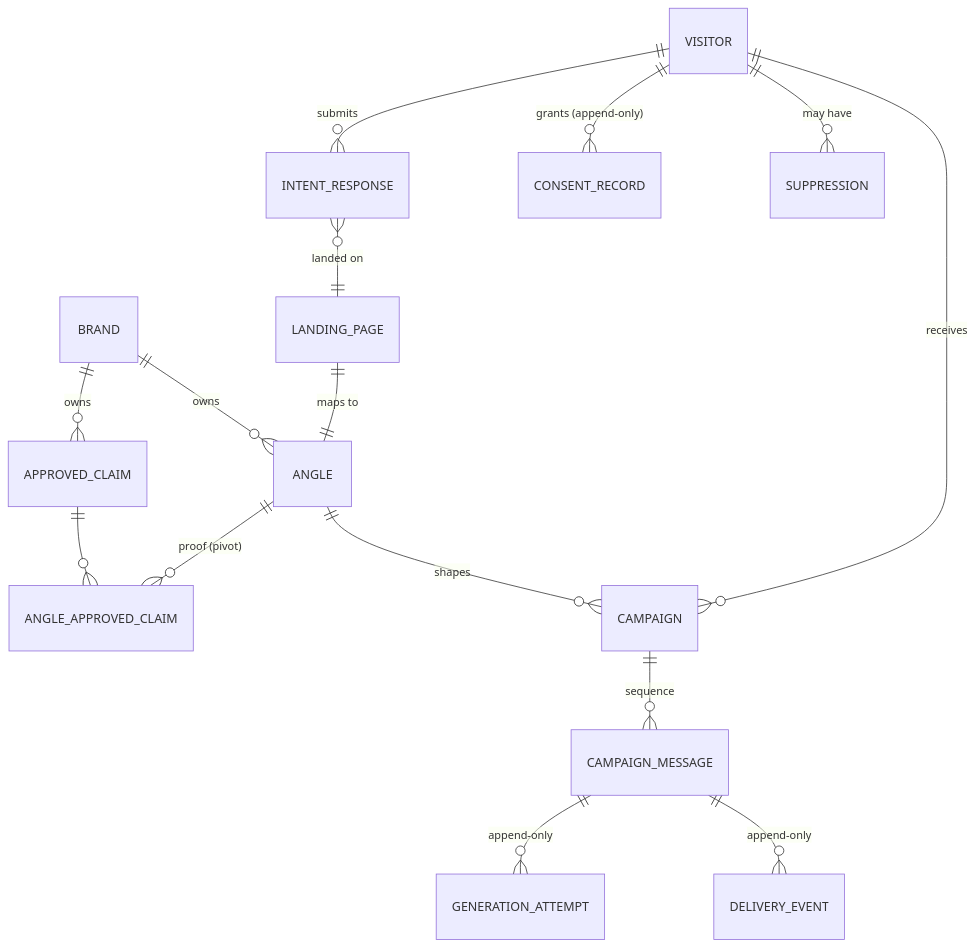
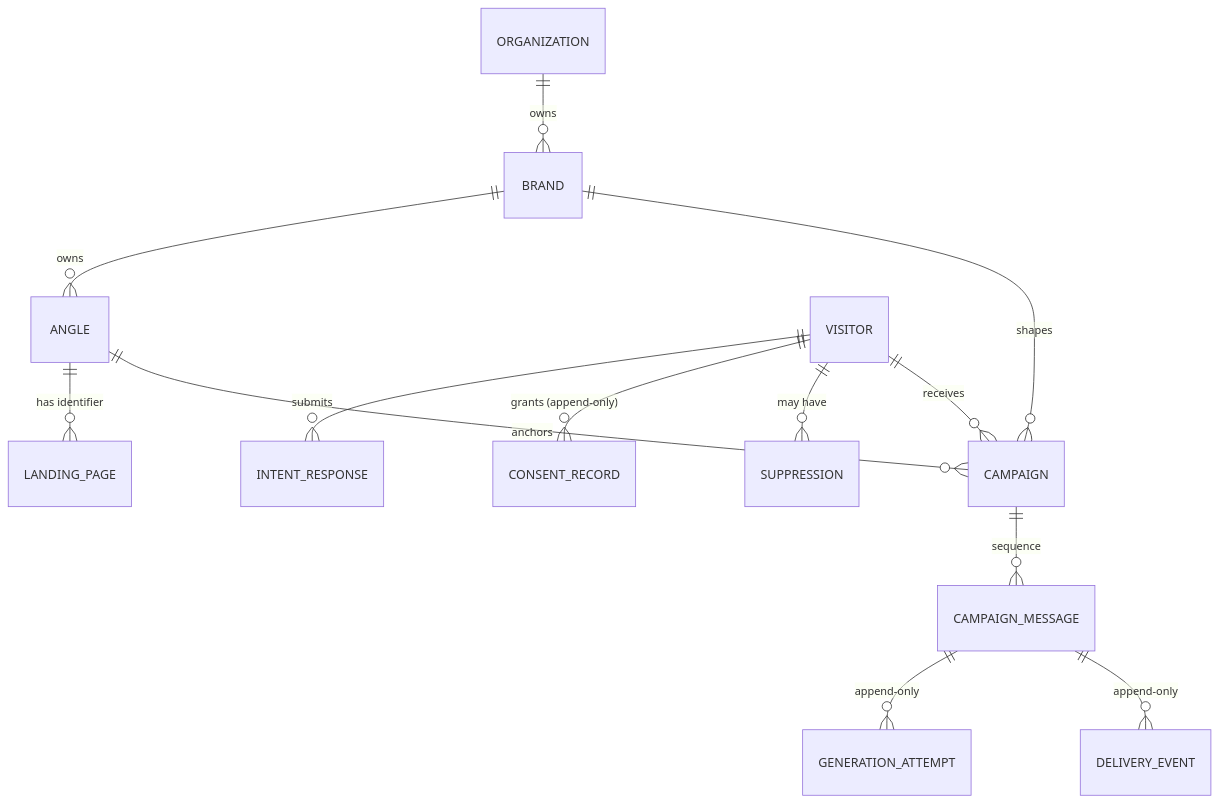
One commit to akasection/heymo-campaign-web changed the diagram in ARCHITECTURE.md. Above: the diagram before and after it, drawn with Mermaid. The commit also changed other lines of this file and 51 other files, not shown here.

First line of the commit message:
Brand management page (#4)

````diff
--- a/ARCHITECTURE.md
+++ b/ARCHITECTURE.md
@@ -96,17 +137,15 @@
 ```mermaid
 erDiagram
-  BRAND ||--o{ APPROVED_CLAIM : owns
+  ORGANIZATION ||--o{ BRAND : owns
   BRAND ||--o{ ANGLE : owns
-  ANGLE ||--o{ ANGLE_APPROVED_CLAIM : "proof (pivot)"
-  APPROVED_CLAIM ||--o{ ANGLE_APPROVED_CLAIM : ""
-  LANDING_PAGE ||--|| ANGLE : "maps to"
-  INTENT_RESPONSE }o--|| LANDING_PAGE : "landed on"
+  ANGLE ||--o{ LANDING_PAGE : "has identifier"
   VISITOR ||--o{ INTENT_RESPONSE : submits
   VISITOR ||--o{ CONSENT_RECORD : "grants (append-only)"
   VISITOR ||--o{ SUPPRESSION : "may have"
   VISITOR ||--o{ CAMPAIGN : receives
-  ANGLE ||--o{ CAMPAIGN : shapes
-  CAMPAIGN ||--o{ CAMPAIGN_MESSAGE : "sequence"
+  BRAND ||--o{ CAMPAIGN : shapes
+  ANGLE ||--o{ CAMPAIGN : anchors
+  CAMPAIGN ||--o{ CAMPAIGN_MESSAGE : sequence
   CAMPAIGN_MESSAGE ||--o{ GENERATION_ATTEMPT : "append-only"
   CAMPAIGN_MESSAGE ||--o{ DELIVERY_EVENT : "append-only"
 ```
````
